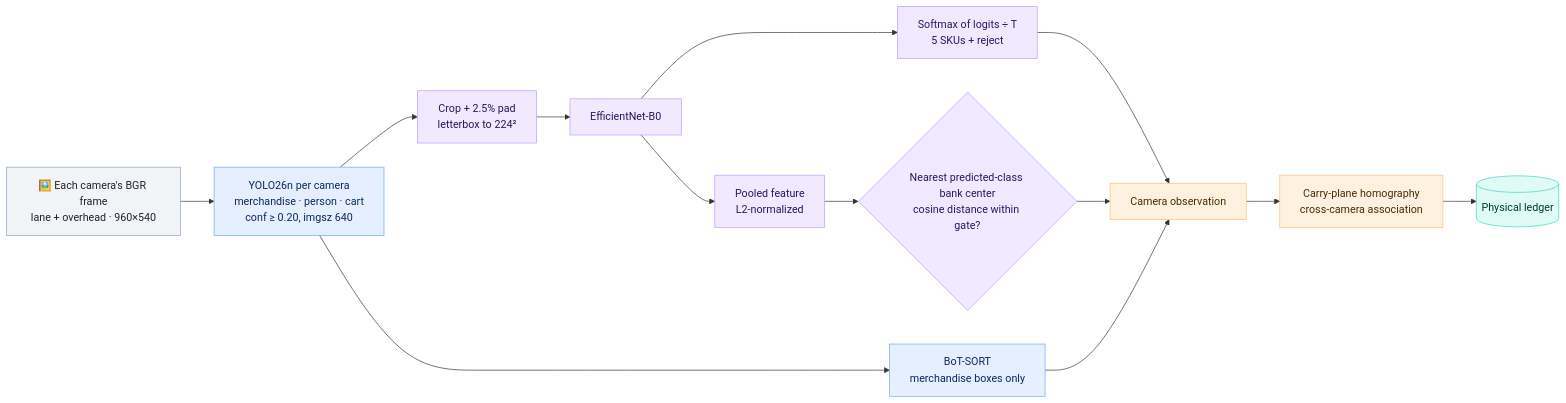
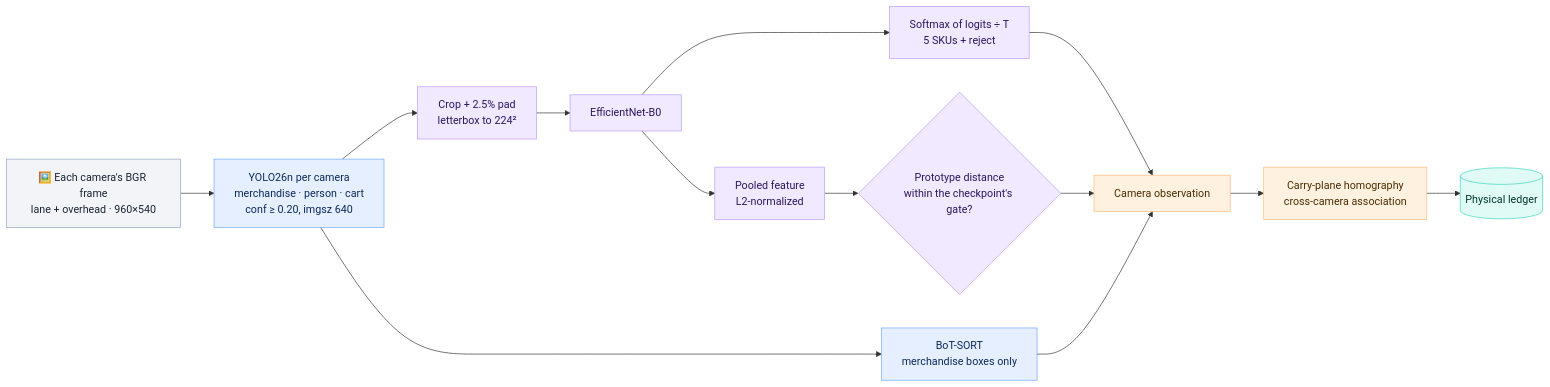
One commit to dangermos/ProPass changed the first of 4 diagrams in docs/vision.md. Above: the diagram before and after it, drawn with Mermaid. The commit also changed other lines of this file and 19 other files, not shown here.

````diff
--- a/docs/vision.md
+++ b/docs/vision.md
@@ -10,21 +10,21 @@
 ```mermaid
 flowchart LR
     I[🖼️ Each camera's BGR frame<br/>lane + overhead · 960×540]:::in --> D[YOLO26n per camera<br/>merchandise · person · cart<br/>conf ≥ 0.20, imgsz 640]:::det
     D --> T[BoT-SORT<br/>merchandise boxes only]:::det
     D --> C[Crop + 2.5% pad<br/>letterbox to 224²]:::cls
     C --> E[EfficientNet-B0]:::cls
     E --> P[Softmax of logits ÷ T<br/>5 SKUs + reject]:::cls
     E --> F[Pooled feature<br/>L2-normalized]:::cls
-    F --> G{Nearest predicted-class bank center<br/>cosine distance within gate?}:::cls
+    F --> G{Prototype distance<br/>within the checkpoint's gate?}:::cls
     P --> O[Camera observation]:::out
     G --> O
     T --> O
     O --> H[Carry-plane homography<br/>cross-camera association]:::out
     H --> L[(Physical ledger)]:::led
 
     classDef in fill:#f2f4f8,stroke:#8fa3bf,color:#1b2533
     classDef det fill:#e6efff,stroke:#6aa8ff,color:#0b2a5c
     classDef cls fill:#f1e9ff,stroke:#bd9aff,color:#2c1660
     classDef out fill:#fff1e0,stroke:#ffbb71,color:#4a2c00
     classDef led fill:#e0fbf6,stroke:#38d6bf,color:#00382f
 ```
````
